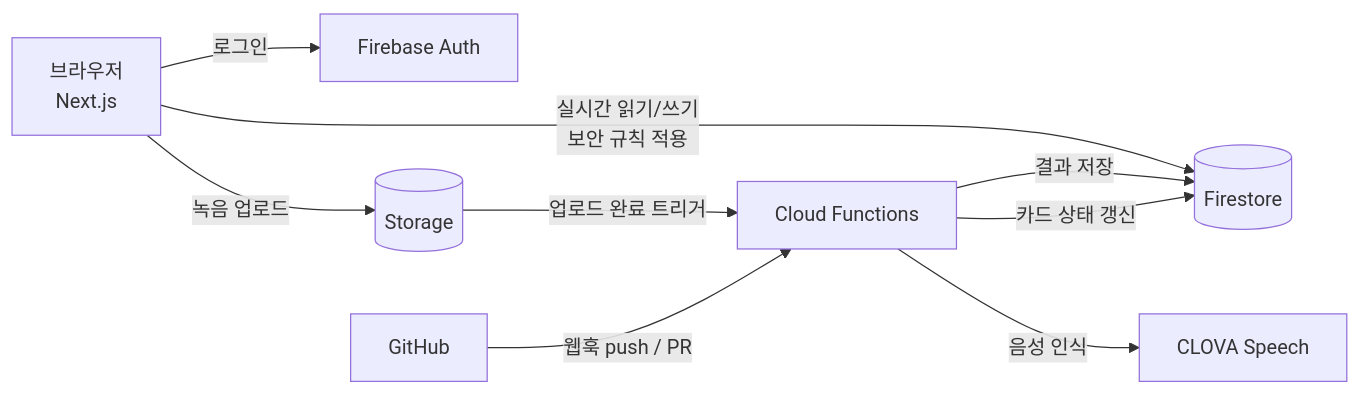
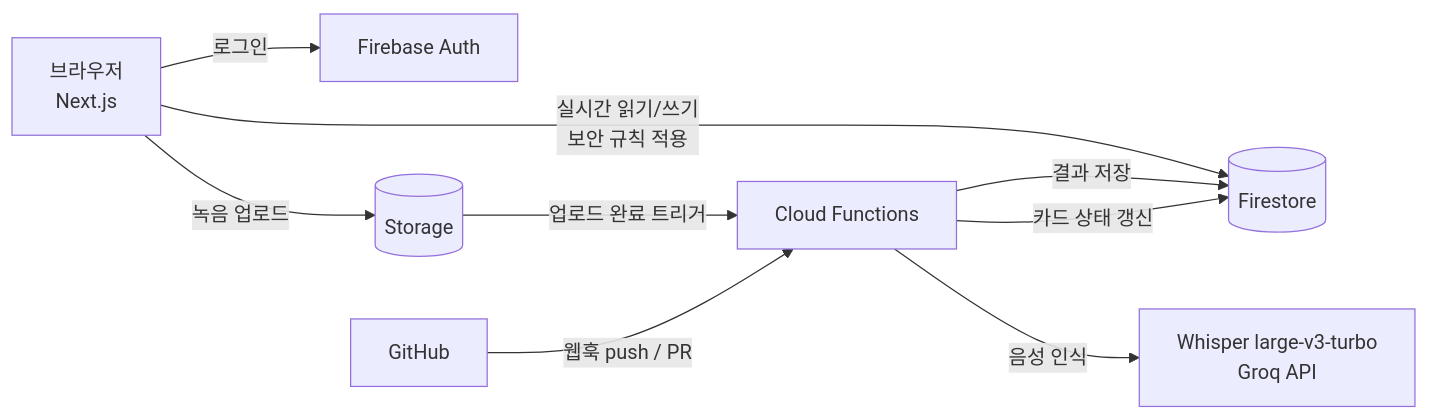
One commit to GwakSiyun/TeamKit changed the first of 2 diagrams in docs/FIREBASE.md. Above: the diagram before and after it, drawn with Mermaid. The commit also changed other lines of this file and 5 other files, not shown here.

First line of the commit message:
[DOCS] 음성 인식 CLOVA Speech → Whisper(Groq API) 변경

````diff
--- a/docs/FIREBASE.md
+++ b/docs/FIREBASE.md
@@ -17,11 +17,11 @@
 ```mermaid
 flowchart LR
     B[브라우저<br/>Next.js] -->|로그인| AUTH[Firebase Auth]
     B -->|실시간 읽기/쓰기<br/>보안 규칙 적용| FS[(Firestore)]
     B -->|녹음 업로드| ST[(Storage)]
     ST -->|업로드 완료 트리거| FN[Cloud Functions]
-    FN -->|음성 인식| CLOVA[CLOVA Speech]
+    FN -->|음성 인식| STT[Whisper large-v3-turbo<br/>Groq API]
     FN -->|결과 저장| FS
     GH[GitHub] -->|웹훅 push / PR| FN
     FN -->|카드 상태 갱신| FS
 ```
````
